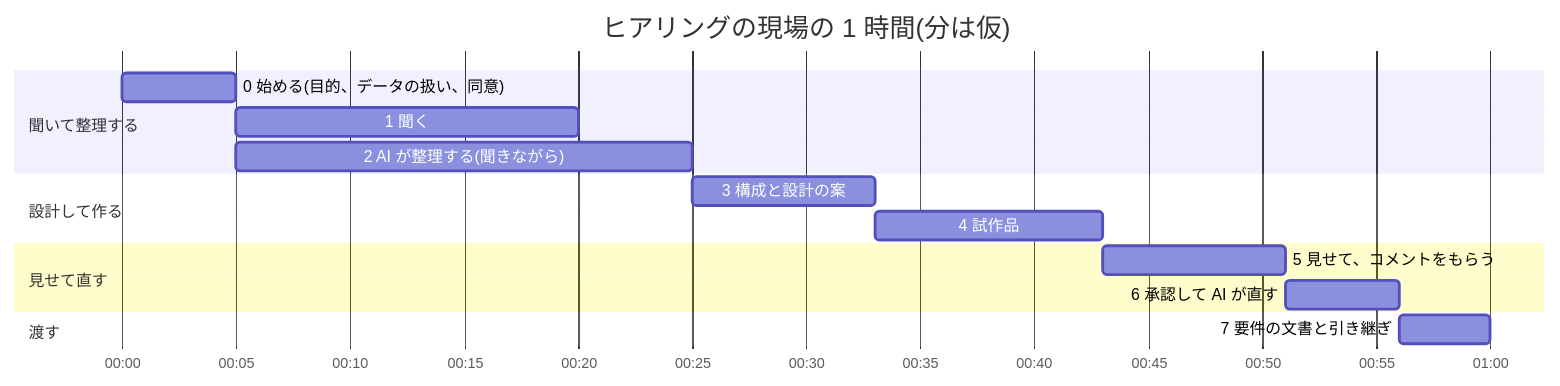
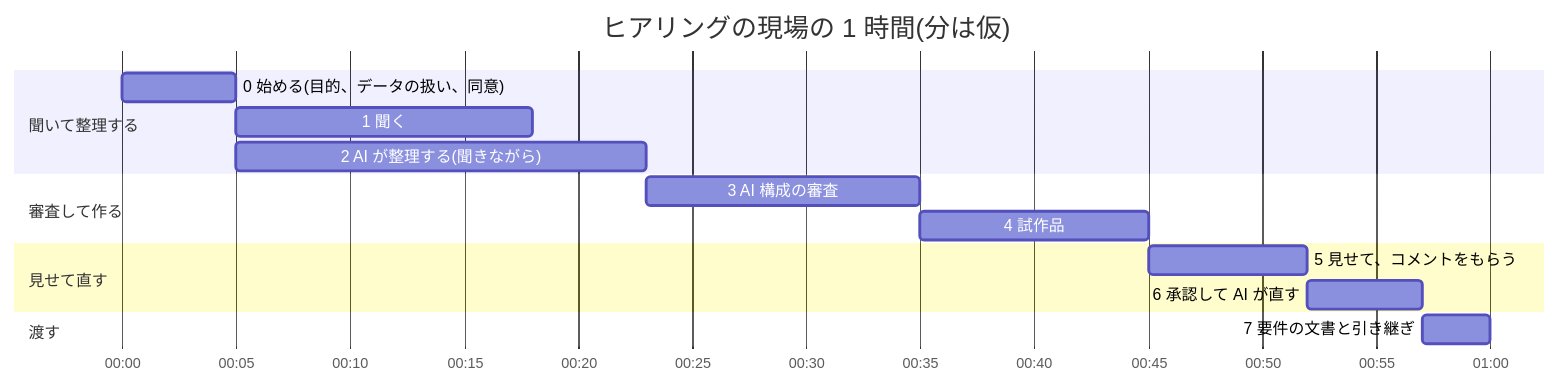
The first of 3 diagrams in docs/design/field-session.md (jyoka/agent-prototype-studio), drawn with Mermaid before and after one commit. The commit also changed other lines of this file and 7 other files, not shown here.

````diff
--- a/docs/design/field-session.md
+++ b/docs/design/field-session.md
@@ -32,18 +34,18 @@
 ```mermaid
 gantt
   title ヒアリングの現場の 1 時間(分は仮)
   dateFormat HH:mm
   axisFormat %H:%M
   section 聞いて整理する
     0 始める(目的、データの扱い、同意)   :s0, 00:00, 5m
-    1 聞く                               :s1, 00:05, 15m
-    2 AI が整理する(聞きながら)         :s2, 00:05, 20m
-  section 設計して作る
-    3 構成と設計の案                     :s3, 00:25, 8m
-    4 試作品                             :s4, 00:33, 10m
+    1 聞く                               :s1, 00:05, 13m
+    2 AI が整理する(聞きながら)         :s2, 00:05, 18m
+  section 審査して作る
+    3 AI 構成の審査                      :s3, 00:23, 12m
+    4 試作品                             :s4, 00:35, 10m
   section 見せて直す
-    5 見せて、コメントをもらう           :s5, 00:43, 8m
-    6 承認して AI が直す                 :s6, 00:51, 5m
+    5 見せて、コメントをもらう           :s5, 00:45, 7m
+    6 承認して AI が直す                 :s6, 00:52, 5m
   section 渡す
-    7 要件の文書と引き継ぎ               :s7, 00:56, 4m
+    7 要件の文書と引き継ぎ               :s7, 00:57, 3m
 ```
````
